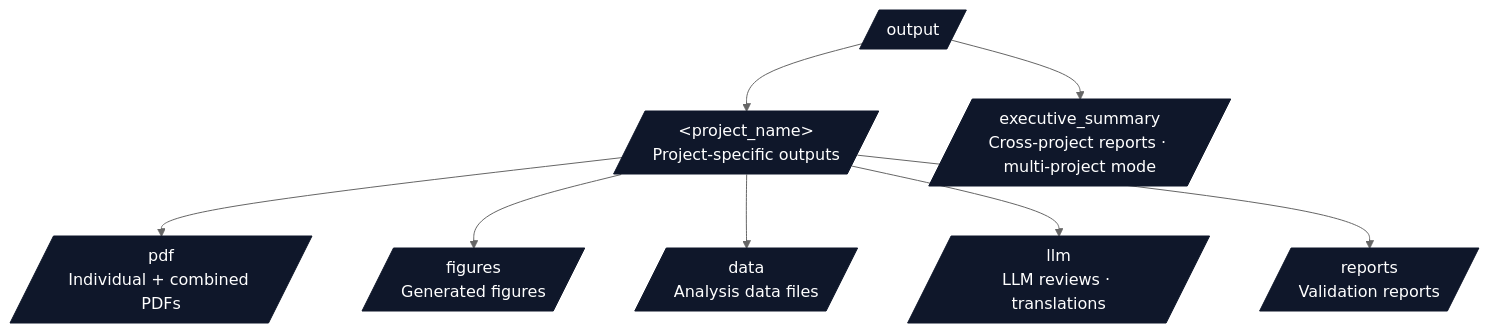
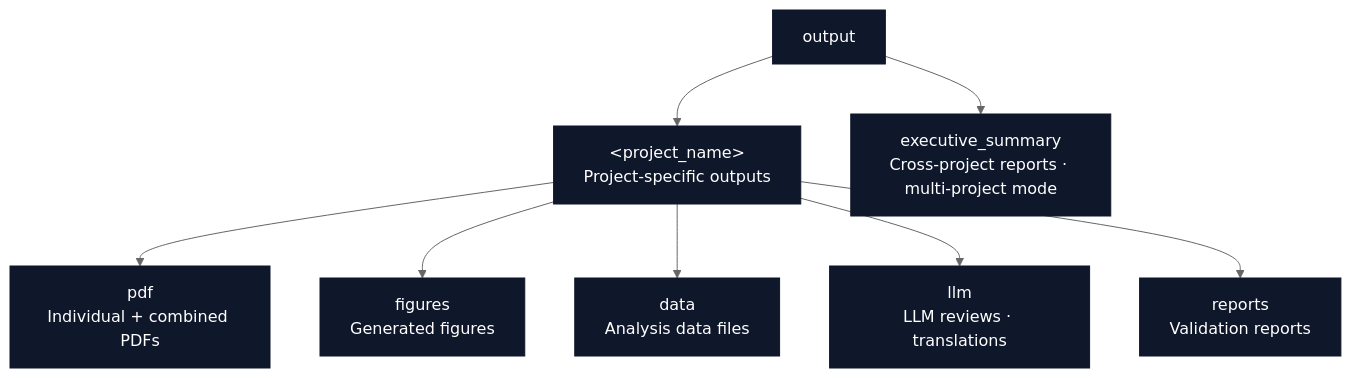
Before and after one commit to docxology/template: the second of 2 diagrams in CLAUDE.md, drawn with Mermaid (neutral theme). The commit also changed other lines of this file and 94 other files, not shown here.

````diff
--- a/CLAUDE.md
+++ b/CLAUDE.md
@@ -338,16 +338,16 @@
 ```mermaid
 flowchart TB
-    OUT[/output/]
-    OUT --> P[/&lt;project_name&gt;<br/>Project-specific outputs/]
-    OUT --> EX[/executive_summary<br/>Cross-project reports · multi-project mode/]
+    OUT[output]
+    OUT --> P[&lt;project_name&gt;<br/>Project-specific outputs]
+    OUT --> EX[executive_summary<br/>Cross-project reports · multi-project mode]
 
-    P --> PDF[/pdf<br/>Individual + combined PDFs/]
-    P --> FIG[/figures<br/>Generated figures/]
-    P --> DATA[/data<br/>Analysis data files/]
-    P --> LLM[/llm<br/>LLM reviews · translations/]
-    P --> REP[/reports<br/>Validation reports/]
+    P --> PDF[pdf<br/>Individual + combined PDFs]
+    P --> FIG[figures<br/>Generated figures]
+    P --> DATA[data<br/>Analysis data files]
+    P --> LLM[llm<br/>LLM reviews · translations]
+    P --> REP[reports<br/>Validation reports]
 
     classDef d fill:#0f172a,stroke:#0f172a,color:#fff
     classDef f fill:#0f766e,stroke:#0f172a,color:#fff
     class OUT,P,EX,PDF,FIG,DATA,LLM,REP d
 ```
````
